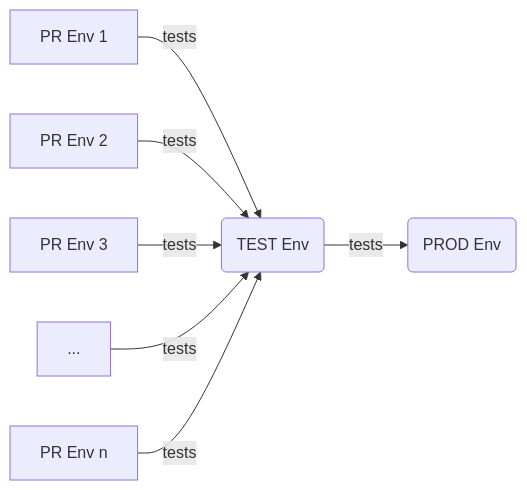
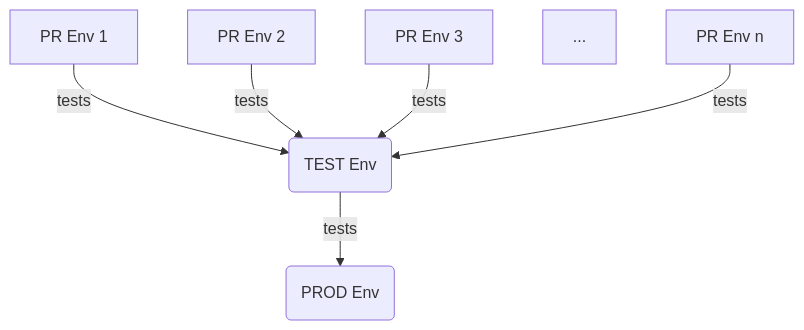
The first of 2 diagrams in README.md (bcgov/quickstart-openshift), drawn with Mermaid before and after one commit. The commit also changed other lines of this file, not shown here.

Commit message:
Make complex diagram fancier

````diff
--- a/README.md
+++ b/README.md
@@ -260,9 +260,9 @@
 ```mermaid
-flowchart LR
-    A[PR Env 1] -->|tests| F
-    B[PR Env 2] -->|tests| F
-    C[PR Env 3] -->|tests| F
-    D[...] -->|tests| F(Merge)
-    E[PR Env n] -->|tests| F
-    F(TEST Env) -->|tests| G(PROD Env)
+flowchart TD
+    A1[PR Env 1] -->|tests| B
+    A2[PR Env 2] -->|tests| B
+    A3[PR Env 3] -->|tests| B
+    Ad[...]
+    An[PR Env n] -->|tests| B
+    B(TEST Env) -->|tests| C(PROD Env)
 ```
````
